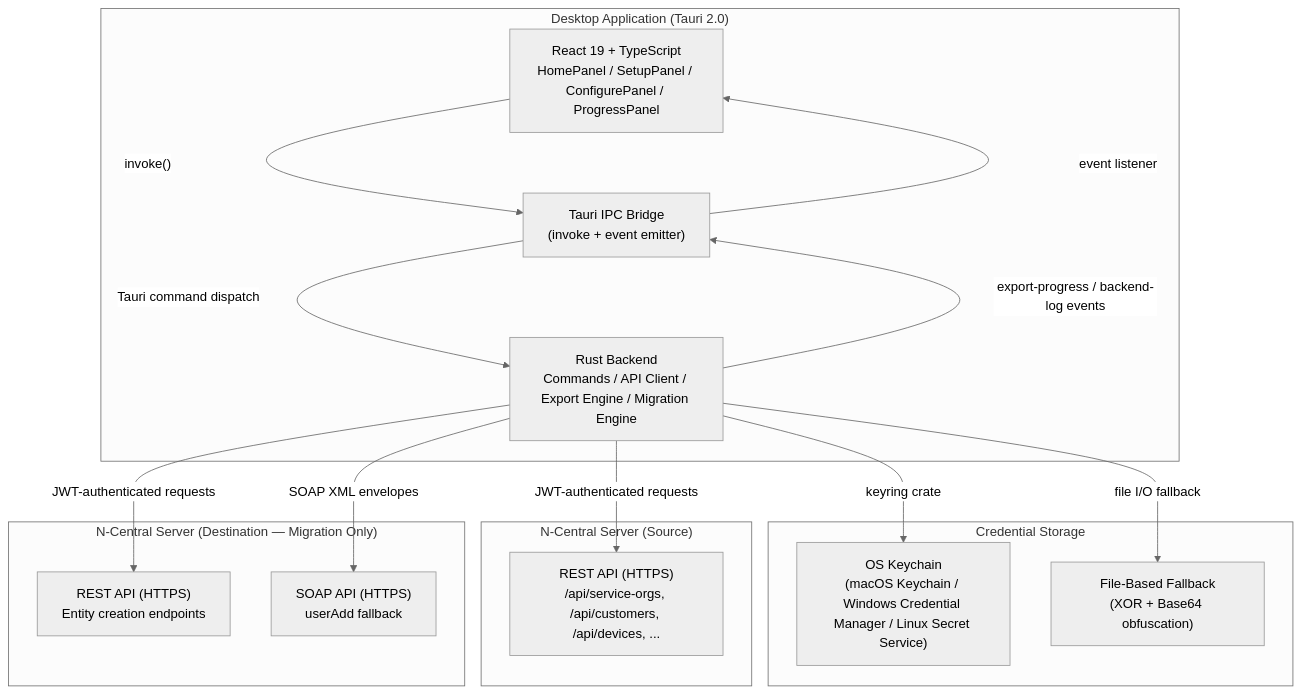
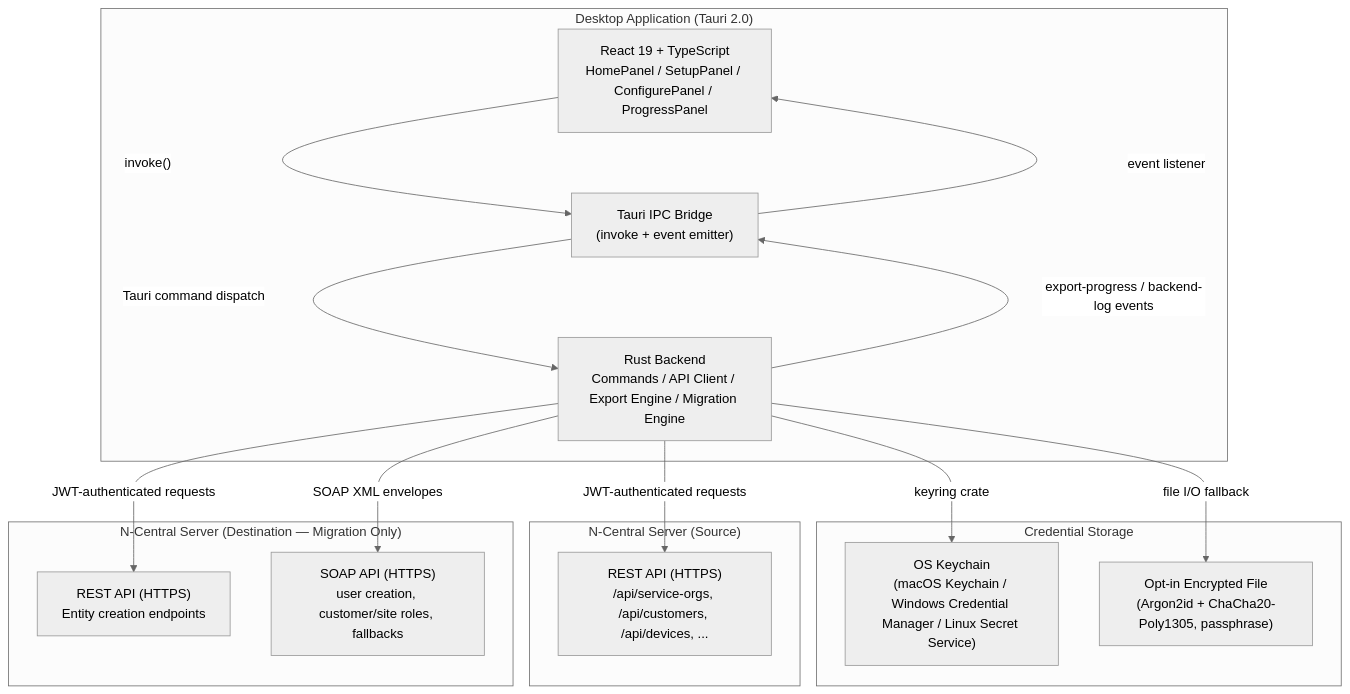
The first of 12 diagrams in docs/TECHNICAL_OVERVIEW.md (theonlytruebigmac/n-xport), drawn with Mermaid (neutral theme) before and after one commit. The commit also changed other lines of this file and 1 other file, not shown here.

````diff
--- a/docs/TECHNICAL_OVERVIEW.md
+++ b/docs/TECHNICAL_OVERVIEW.md
@@ -29,33 +32,33 @@
 ```mermaid
 graph TB
     subgraph "Desktop Application (Tauri 2.0)"
         React["React 19 + TypeScript<br/>HomePanel / SetupPanel / ConfigurePanel / ProgressPanel"]
         TauriIPC["Tauri IPC Bridge<br/>(invoke + event emitter)"]
         Rust["Rust Backend<br/>Commands / API Client / Export Engine / Migration Engine"]
     end
 
     subgraph "Credential Storage"
         Keyring["OS Keychain<br/>(macOS Keychain / Windows Credential Manager / Linux Secret Service)"]
-        Fallback["File-Based Fallback<br/>(XOR + Base64 obfuscation)"]
+        Fallback["Opt-in Encrypted File<br/>(Argon2id + ChaCha20-Poly1305, passphrase)"]
     end
 
     subgraph "N-Central Server (Source)"
         REST_SRC["REST API (HTTPS)<br/>/api/service-orgs, /api/customers, /api/devices, ..."]
     end
 
     subgraph "N-Central Server (Destination — Migration Only)"
         REST_DST["REST API (HTTPS)<br/>Entity creation endpoints"]
-        SOAP_DST["SOAP API (HTTPS)<br/>userAdd fallback"]
+        SOAP_DST["SOAP API (HTTPS)<br/>user creation, customer/site roles, fallbacks"]
     end
 
     React -->|"invoke()"| TauriIPC
     TauriIPC -->|"Tauri command dispatch"| Rust
     Rust -->|"export-progress / backend-log events"| TauriIPC
     TauriIPC -->|"event listener"| React
 
     Rust -->|"JWT-authenticated requests"| REST_SRC
     Rust -->|"JWT-authenticated requests"| REST_DST
     Rust -->|"SOAP XML envelopes"| SOAP_DST
     Rust -->|"keyring crate"| Keyring
     Rust -->|"file I/O fallback"| Fallback
 ```
````
